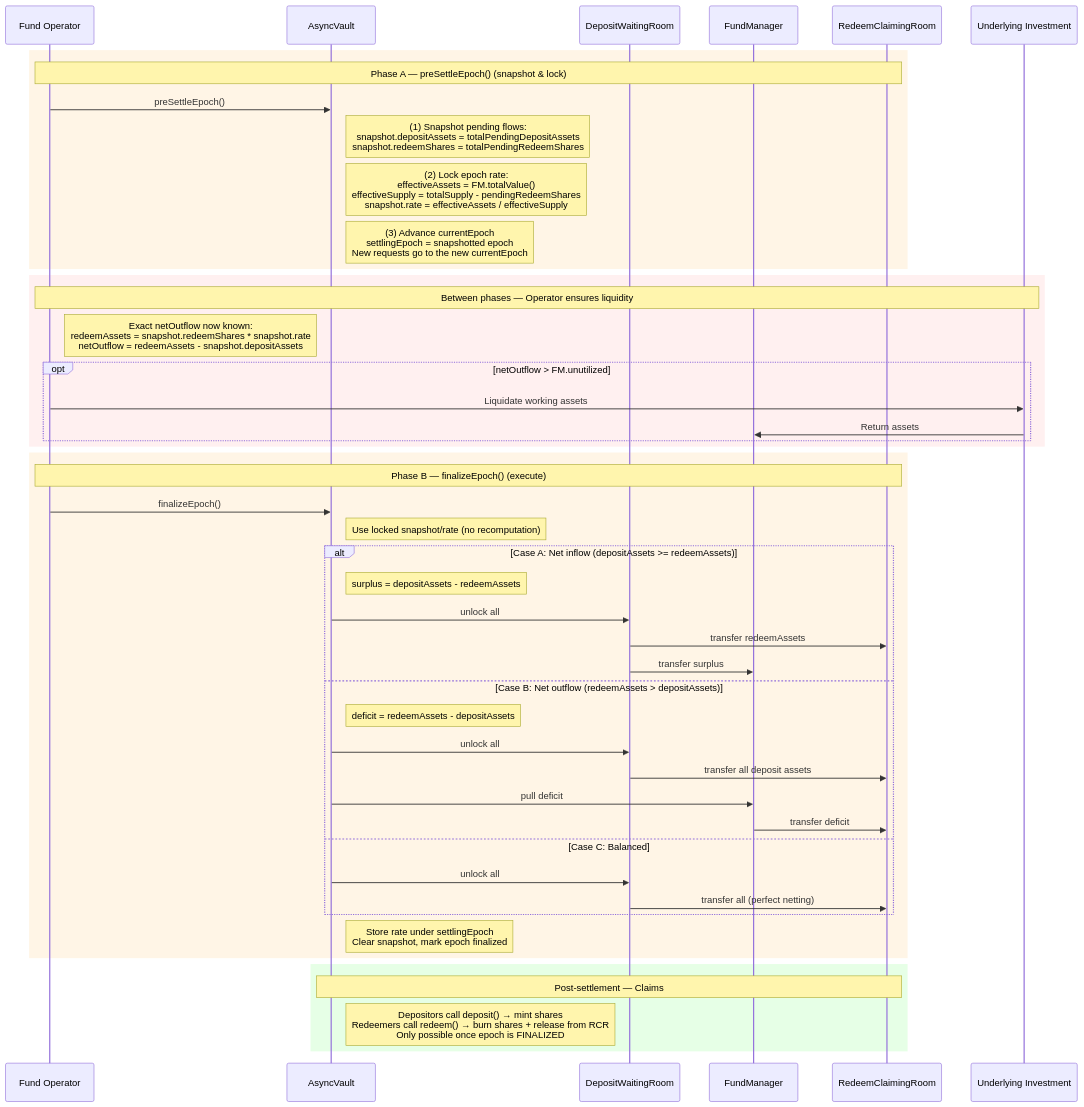
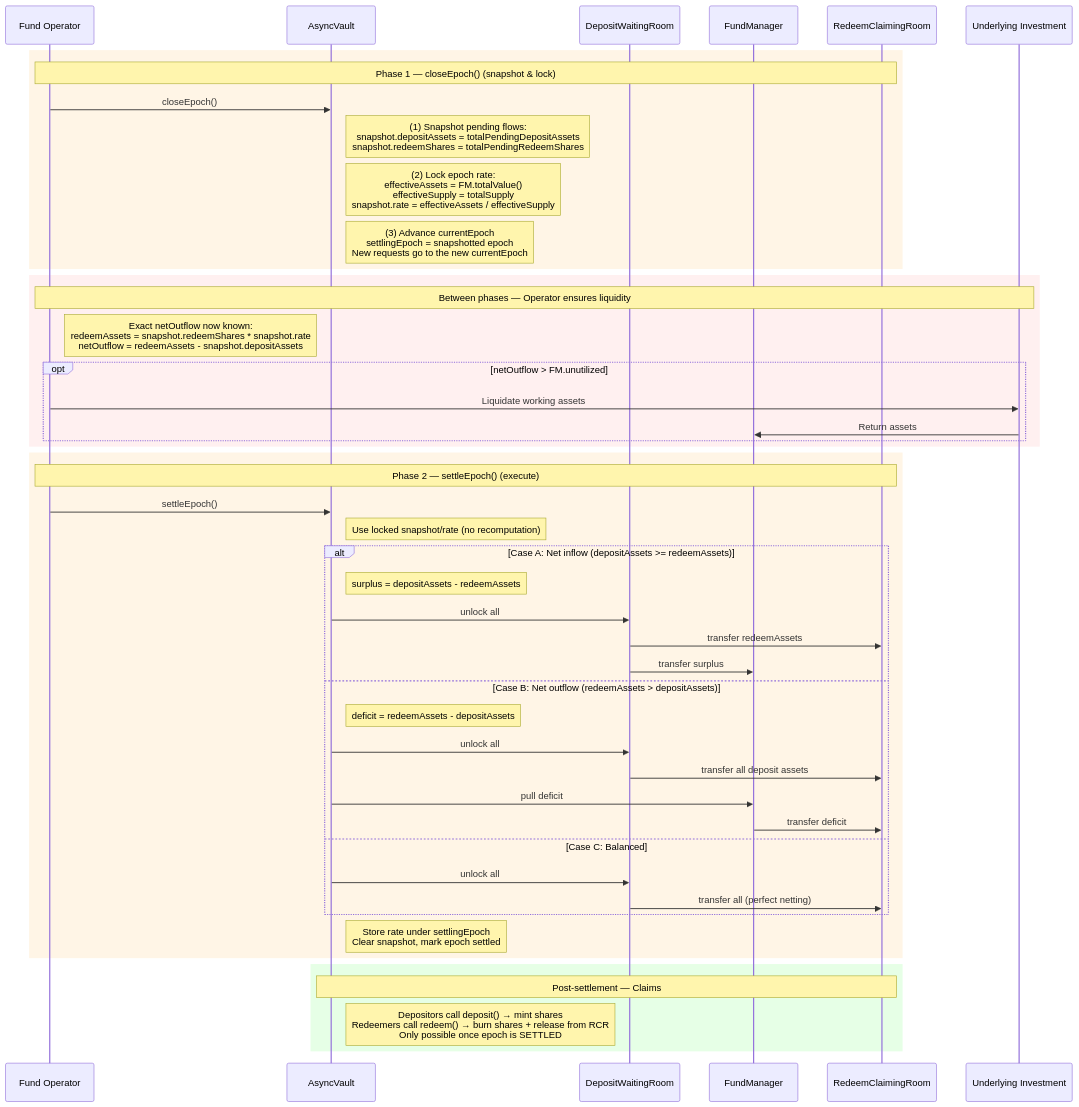
The diagram in docs/flow/settlement-flow.md (superfluid-org/stable-yield-vault), drawn with Mermaid before and after one commit. The commit also changed other lines of this file and 3 other files, not shown here.

````diff
--- a/docs/flow/settlement-flow.md
+++ b/docs/flow/settlement-flow.md
@@ -15,57 +15,57 @@
 ```mermaid
 sequenceDiagram
     participant FO as Fund Operator
     participant AV as AsyncVault
     participant DWR as DepositWaitingRoom
     participant FM as FundManager
     participant RCR as RedeemClaimingRoom
     participant INV as Underlying Investment
 
     rect rgb(255, 245, 230)
-    Note over FO, RCR: Phase A — preSettleEpoch() (snapshot & lock)
-    FO->>AV: preSettleEpoch()
+    Note over FO, RCR: Phase 1 — closeEpoch() (snapshot & lock)
+    FO->>AV: closeEpoch()
     Note right of AV: (1) Snapshot pending flows:<br/>snapshot.depositAssets = totalPendingDepositAssets<br/>snapshot.redeemShares = totalPendingRedeemShares
 
-    Note right of AV: (2) Lock epoch rate:<br/>effectiveAssets = FM.totalValue()<br/>effectiveSupply = totalSupply - pendingRedeemShares<br/>snapshot.rate = effectiveAssets / effectiveSupply
+    Note right of AV: (2) Lock epoch rate:<br/>effectiveAssets = FM.totalValue()<br/>effectiveSupply = totalSupply<br/>snapshot.rate = effectiveAssets / effectiveSupply
 
     Note right of AV: (3) Advance currentEpoch<br/>settlingEpoch = snapshotted epoch<br/>New requests go to the new currentEpoch
     end
 
     rect rgb(255, 240, 240)
     Note over FO, INV: Between phases — Operator ensures liquidity
     Note right of FO: Exact netOutflow now known:<br/>redeemAssets = snapshot.redeemShares * snapshot.rate<br/>netOutflow = redeemAssets - snapshot.depositAssets
     opt netOutflow > FM.unutilized
         FO->>INV: Liquidate working assets
         INV->>FM: Return assets
     end
     end
 
     rect rgb(255, 245, 230)
-    Note over FO, RCR: Phase B — finalizeEpoch() (execute)
-    FO->>AV: finalizeEpoch()
+    Note over FO, RCR: Phase 2 — settleEpoch() (execute)
+    FO->>AV: settleEpoch()
     Note right of AV: Use locked snapshot/rate (no recomputation)
 
     alt Case A: Net inflow (depositAssets >= redeemAssets)
         Note right of AV: surplus = depositAssets - redeemAssets
         AV->>DWR: unlock all
         DWR->>RCR: transfer redeemAssets
         DWR->>FM: transfer surplus
     else Case B: Net outflow (redeemAssets > depositAssets)
         Note right of AV: deficit = redeemAssets - depositAssets
         AV->>DWR: unlock all
         DWR->>RCR: transfer all deposit assets
         AV->>FM: pull deficit
         FM->>RCR: transfer deficit
     else Case C: Balanced
         AV->>DWR: unlock all
         DWR->>RCR: transfer all (perfect netting)
     end
 
-    Note right of AV: Store rate under settlingEpoch<br/>Clear snapshot, mark epoch finalized
+    Note right of AV: Store rate under settlingEpoch<br/>Clear snapshot, mark epoch settled
     end
 
     rect rgb(230, 255, 230)
     Note over AV, RCR: Post-settlement — Claims
-    Note right of AV: Depositors call deposit() → mint shares<br/>Redeemers call redeem() → burn shares + release from RCR<br/>Only possible once epoch is FINALIZED
+    Note right of AV: Depositors call deposit() → mint shares<br/>Redeemers call redeem() → burn shares + release from RCR<br/>Only possible once epoch is SETTLED
     end
 ```
````
